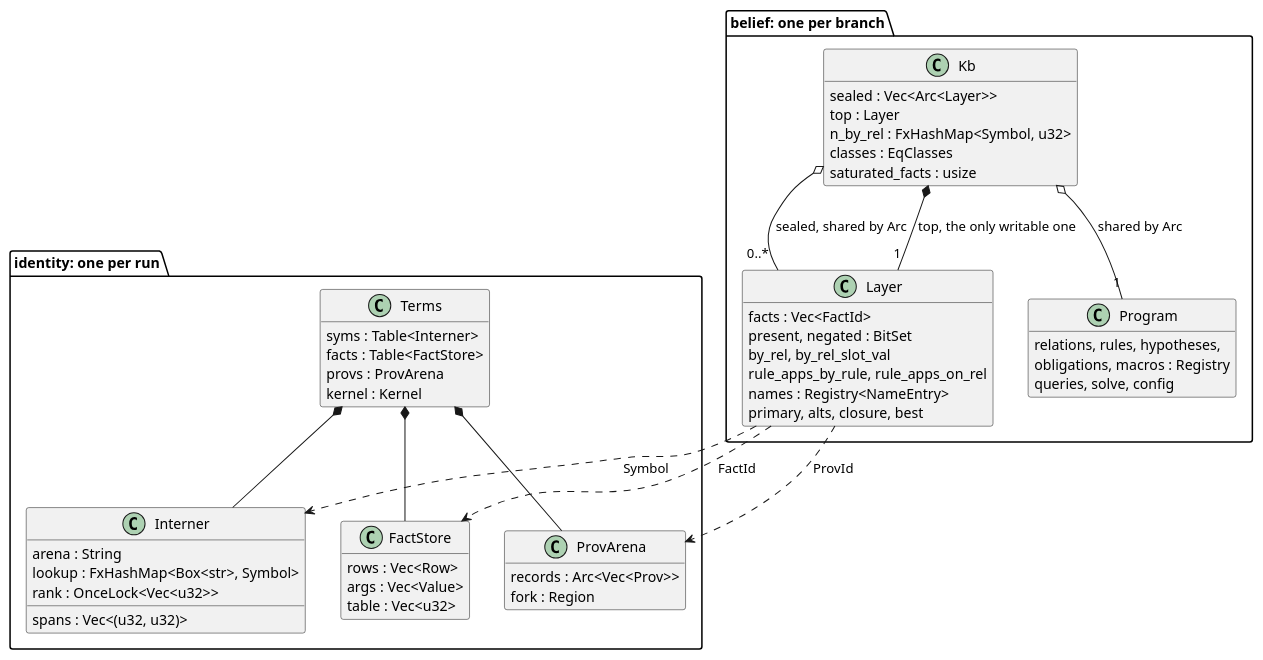
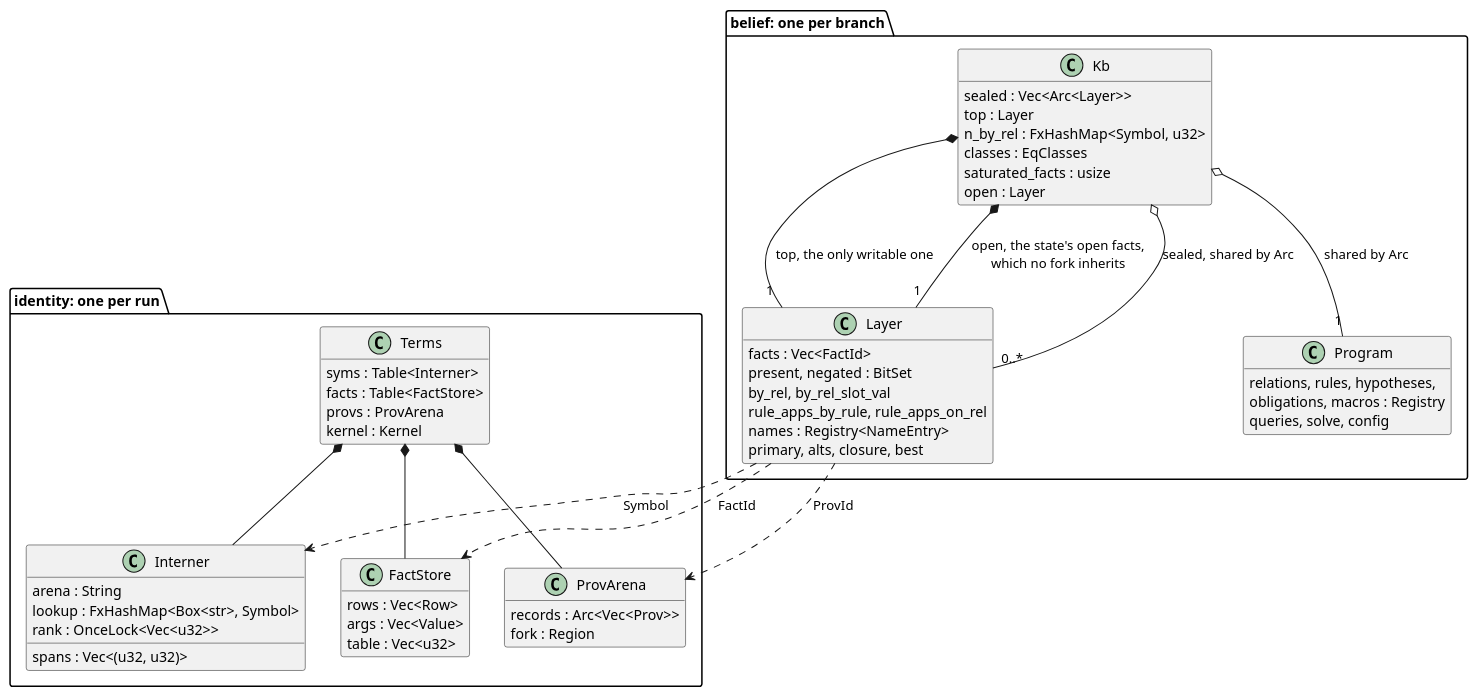
The diagram in docs/ein/ein.rs/03-design/diagrams/03-terms-and-kb.puml (agutikov/ein), drawn with PlantUML before and after one commit. The commit also changed 138 other files, not shown here.

```diff
--- a/docs/ein/ein.rs/03-design/diagrams/03-terms-and-kb.puml
+++ b/docs/ein/ein.rs/03-design/diagrams/03-terms-and-kb.puml
@@ -1,61 +1,63 @@
 @startuml
 hide empty methods
 skinparam classAttributeIconSize 0
 
 package "identity: one per run" {
   class Terms {
     syms : Table<Interner>
     facts : Table<FactStore>
     provs : ProvArena
     kernel : Kernel
   }
   class Interner {
     arena : String
     spans : Vec<(u32, u32)>
     lookup : FxHashMap<Box<str>, Symbol>
     rank : OnceLock<Vec<u32>>
   }
   class FactStore {
     rows : Vec<Row>
     args : Vec<Value>
     table : Vec<u32>
   }
   class ProvArena {
     records : Arc<Vec<Prov>>
     fork : Region
   }
 }
 
 package "belief: one per branch" {
   class Kb {
     sealed : Vec<Arc<Layer>>
     top : Layer
     n_by_rel : FxHashMap<Symbol, u32>
     classes : EqClasses
     saturated_facts : usize
+    open : Layer
   }
   class Layer {
     facts : Vec<FactId>
     present, negated : BitSet
     by_rel, by_rel_slot_val
     rule_apps_by_rule, rule_apps_on_rel
     names : Registry<NameEntry>
     primary, alts, closure, best
   }
   class Program {
     relations, rules, hypotheses,
     obligations, macros : Registry
     queries, solve, config
   }
 }
 
 Terms *-- Interner
 Terms *-- FactStore
 Terms *-- ProvArena
 Kb o-- "0..*" Layer : sealed, shared by Arc
 Kb *-- "1" Layer : top, the only writable one
+Kb *-- "1" Layer : open, the state's open facts,\nwhich no fork inherits
 Kb o-- "1" Program : shared by Arc
 Layer ..> FactStore : FactId
 Layer ..> ProvArena : ProvId
 Layer ..> Interner : Symbol
 @enduml
```
